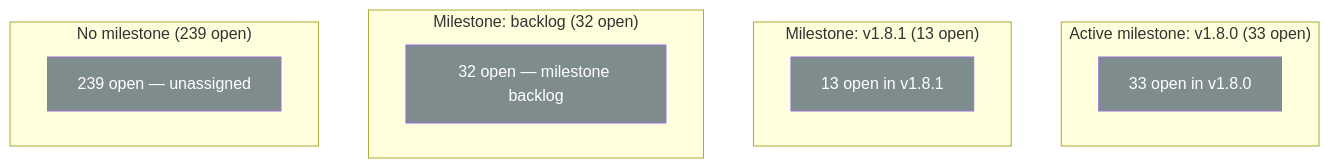
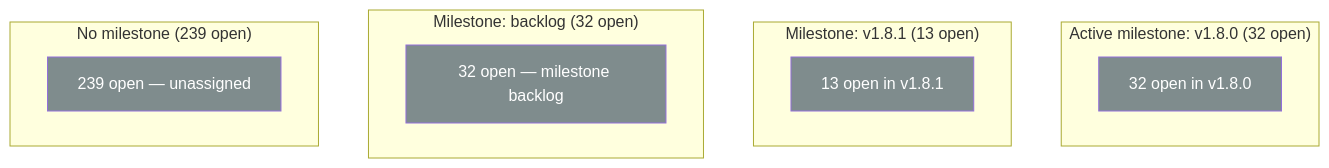
The diagram in docs/ops/ISSUE_QUEUE_SEQUENCING_MAP.md (DataBoar/data-boar), drawn with Mermaid before and after one commit. The commit also changed other lines of this file and 9 other files, not shown here.

````diff
--- a/docs/ops/ISSUE_QUEUE_SEQUENCING_MAP.md
+++ b/docs/ops/ISSUE_QUEUE_SEQUENCING_MAP.md
@@ -11,24 +11,24 @@
 ```mermaid
 flowchart TD
 
-subgraph ACTIVE_MS["Active milestone: v1.8.0 (33 open)"]
-  v180_all["33 open in v1.8.0"]:::p3
+subgraph ACTIVE_MS["Active milestone: v1.8.0 (32 open)"]
+  v180_all["32 open in v1.8.0"]:::p3
 end
 
 subgraph NEXT_MS["Milestone: v1.8.1 (13 open)"]
   v181_all["13 open in v1.8.1"]:::p3
 end
 
 subgraph BACKLOG_MS["Milestone: backlog (32 open)"]
   backlog_node["32 open — milestone backlog"]:::p3
 end
 
 subgraph UNASSIGNED["No milestone (239 open)"]
   unassigned_node["239 open — unassigned"]:::p3
 end
 
 classDef p0 fill:#c0392b,color:#fff
 classDef p1 fill:#e67e22,color:#fff
 classDef p2 fill:#2980b9,color:#fff
 classDef p3 fill:#7f8c8d,color:#fff
 ```
````
